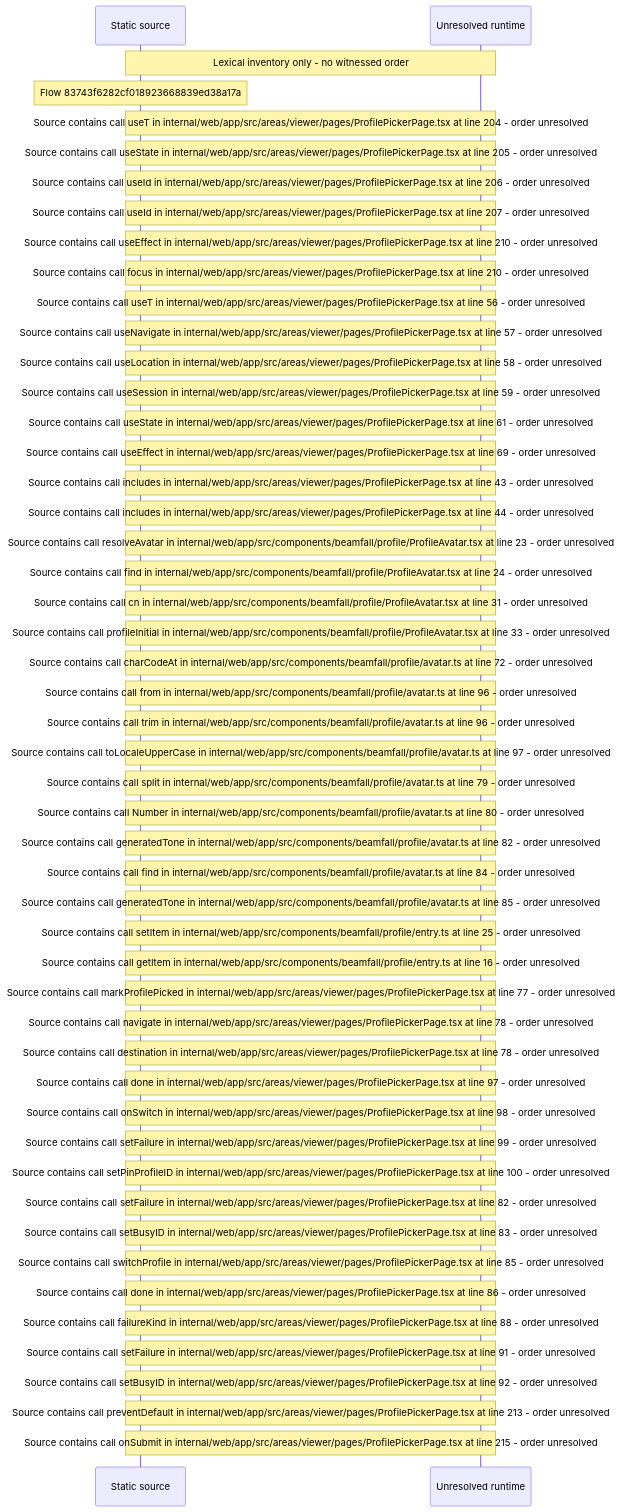
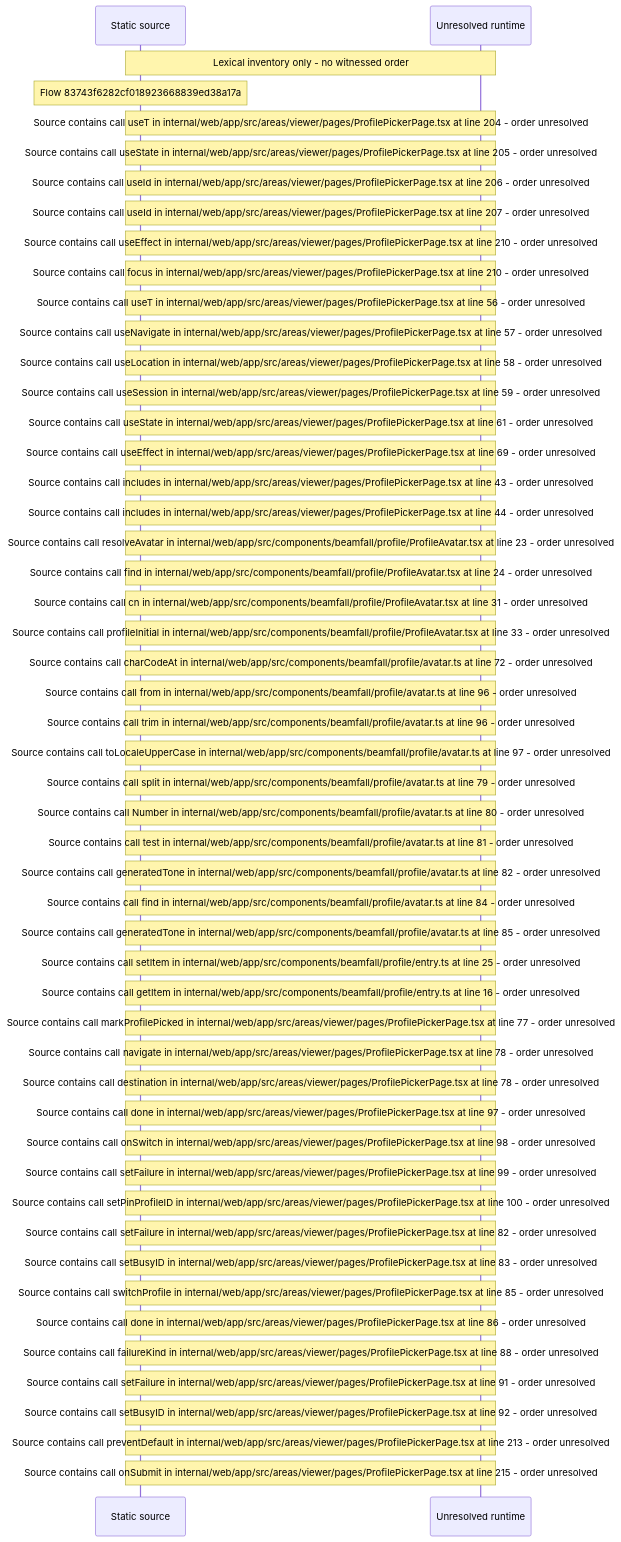
The diagram in docs/web/flows/generated/83743f6282cf018923668839ed38a17a/flow-diagram.md (beamfall/core), drawn with Mermaid before and after one commit. The commit also changed other lines of this file and 707 other files, not shown here.

Commit message:
Regenerate the web flow record with flow generator version 6

````diff
--- a/docs/web/flows/generated/83743f6282cf018923668839ed38a17a/flow-diagram.md
+++ b/docs/web/flows/generated/83743f6282cf018923668839ed38a17a/flow-diagram.md
@@ -10,52 +10,53 @@
 ```mermaid
 sequenceDiagram
     participant S as Static source
     participant U as Unresolved runtime
     Note over S,U: Lexical inventory only - no witnessed order
     Note over S: Flow 83743f6282cf018923668839ed38a17a
     Note over S,U: Source contains call useT in internal/web/app/src/areas/viewer/pages/ProfilePickerPage.tsx at line 204 - order unresolved
     Note over S,U: Source contains call useState in internal/web/app/src/areas/viewer/pages/ProfilePickerPage.tsx at line 205 - order unresolved
     Note over S,U: Source contains call useId in internal/web/app/src/areas/viewer/pages/ProfilePickerPage.tsx at line 206 - order unresolved
     Note over S,U: Source contains call useId in internal/web/app/src/areas/viewer/pages/ProfilePickerPage.tsx at line 207 - order unresolved
     Note over S,U: Source contains call useEffect in internal/web/app/src/areas/viewer/pages/ProfilePickerPage.tsx at line 210 - order unresolved
     Note over S,U: Source contains call focus in internal/web/app/src/areas/viewer/pages/ProfilePickerPage.tsx at line 210 - order unresolved
     Note over S,U: Source contains call useT in internal/web/app/src/areas/viewer/pages/ProfilePickerPage.tsx at line 56 - order unresolved
     Note over S,U: Source contains call useNavigate in internal/web/app/src/areas/viewer/pages/ProfilePickerPage.tsx at line 57 - order unresolved
     Note over S,U: Source contains call useLocation in internal/web/app/src/areas/viewer/pages/ProfilePickerPage.tsx at line 58 - order unresolved
     Note over S,U: Source contains call useSession in internal/web/app/src/areas/viewer/pages/ProfilePickerPage.tsx at line 59 - order unresolved
     Note over S,U: Source contains call useState in internal/web/app/src/areas/viewer/pages/ProfilePickerPage.tsx at line 61 - order unresolved
     Note over S,U: Source contains call useEffect in internal/web/app/src/areas/viewer/pages/ProfilePickerPage.tsx at line 69 - order unresolved
     Note over S,U: Source contains call includes in internal/web/app/src/areas/viewer/pages/ProfilePickerPage.tsx at line 43 - order unresolved
     Note over S,U: Source contains call includes in internal/web/app/src/areas/viewer/pages/ProfilePickerPage.tsx at line 44 - order unresolved
     Note over S,U: Source contains call resolveAvatar in internal/web/app/src/components/beamfall/profile/ProfileAvatar.tsx at line 23 - order unresolved
     Note over S,U: Source contains call find in internal/web/app/src/components/beamfall/profile/ProfileAvatar.tsx at line 24 - order unresolved
     Note over S,U: Source contains call cn in internal/web/app/src/components/beamfall/profile/ProfileAvatar.tsx at line 31 - order unresolved
     Note over S,U: Source contains call profileInitial in internal/web/app/src/components/beamfall/profile/ProfileAvatar.tsx at line 33 - order unresolved
     Note over S,U: Source contains call charCodeAt in internal/web/app/src/components/beamfall/profile/avatar.ts at line 72 - order unresolved
     Note over S,U: Source contains call from in internal/web/app/src/components/beamfall/profile/avatar.ts at line 96 - order unresolved
     Note over S,U: Source contains call trim in internal/web/app/src/components/beamfall/profile/avatar.ts at line 96 - order unresolved
     Note over S,U: Source contains call toLocaleUpperCase in internal/web/app/src/components/beamfall/profile/avatar.ts at line 97 - order unresolved
     Note over S,U: Source contains call split in internal/web/app/src/components/beamfall/profile/avatar.ts at line 79 - order unresolved
     Note over S,U: Source contains call Number in internal/web/app/src/components/beamfall/profile/avatar.ts at line 80 - order unresolved
+    Note over S,U: Source contains call test in internal/web/app/src/components/beamfall/profile/avatar.ts at line 81 - order unresolved
     Note over S,U: Source contains call generatedTone in internal/web/app/src/components/beamfall/profile/avatar.ts at line 82 - order unresolved
     Note over S,U: Source contains call find in internal/web/app/src/components/beamfall/profile/avatar.ts at line 84 - order unresolved
     Note over S,U: Source contains call generatedTone in internal/web/app/src/components/beamfall/profile/avatar.ts at line 85 - order unresolved
     Note over S,U: Source contains call setItem in internal/web/app/src/components/beamfall/profile/entry.ts at line 25 - order unresolved
     Note over S,U: Source contains call getItem in internal/web/app/src/components/beamfall/profile/entry.ts at line 16 - order unresolved
     Note over S,U: Source contains call markProfilePicked in internal/web/app/src/areas/viewer/pages/ProfilePickerPage.tsx at line 77 - order unresolved
     Note over S,U: Source contains call navigate in internal/web/app/src/areas/viewer/pages/ProfilePickerPage.tsx at line 78 - order unresolved
     Note over S,U: Source contains call destination in internal/web/app/src/areas/viewer/pages/ProfilePickerPage.tsx at line 78 - order unresolved
     Note over S,U: Source contains call done in internal/web/app/src/areas/viewer/pages/ProfilePickerPage.tsx at line 97 - order unresolved
     Note over S,U: Source contains call onSwitch in internal/web/app/src/areas/viewer/pages/ProfilePickerPage.tsx at line 98 - order unresolved
     Note over S,U: Source contains call setFailure in internal/web/app/src/areas/viewer/pages/ProfilePickerPage.tsx at line 99 - order unresolved
     Note over S,U: Source contains call setPinProfileID in internal/web/app/src/areas/viewer/pages/ProfilePickerPage.tsx at line 100 - order unresolved
     Note over S,U: Source contains call setFailure in internal/web/app/src/areas/viewer/pages/ProfilePickerPage.tsx at line 82 - order unresolved
     Note over S,U: Source contains call setBusyID in internal/web/app/src/areas/viewer/pages/ProfilePickerPage.tsx at line 83 - order unresolved
     Note over S,U: Source contains call switchProfile in internal/web/app/src/areas/viewer/pages/ProfilePickerPage.tsx at line 85 - order unresolved
     Note over S,U: Source contains call done in internal/web/app/src/areas/viewer/pages/ProfilePickerPage.tsx at line 86 - order unresolved
     Note over S,U: Source contains call failureKind in internal/web/app/src/areas/viewer/pages/ProfilePickerPage.tsx at line 88 - order unresolved
     Note over S,U: Source contains call setFailure in internal/web/app/src/areas/viewer/pages/ProfilePickerPage.tsx at line 91 - order unresolved
     Note over S,U: Source contains call setBusyID in internal/web/app/src/areas/viewer/pages/ProfilePickerPage.tsx at line 92 - order unresolved
     Note over S,U: Source contains call preventDefault in internal/web/app/src/areas/viewer/pages/ProfilePickerPage.tsx at line 213 - order unresolved
     Note over S,U: Source contains call onSubmit in internal/web/app/src/areas/viewer/pages/ProfilePickerPage.tsx at line 215 - order unresolved
 ```
````
